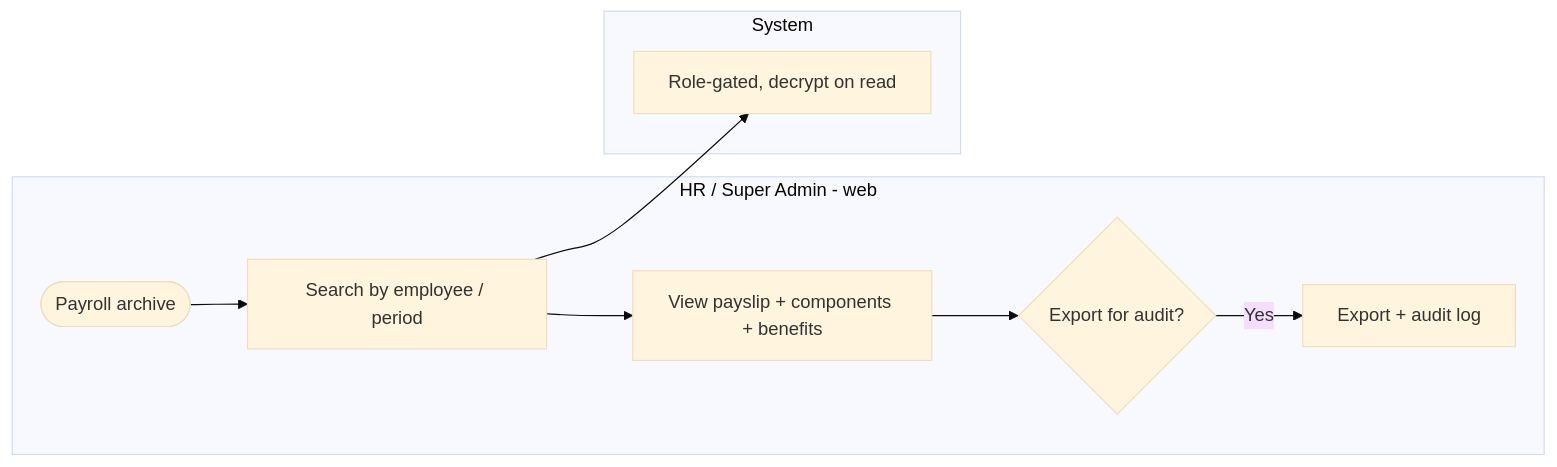
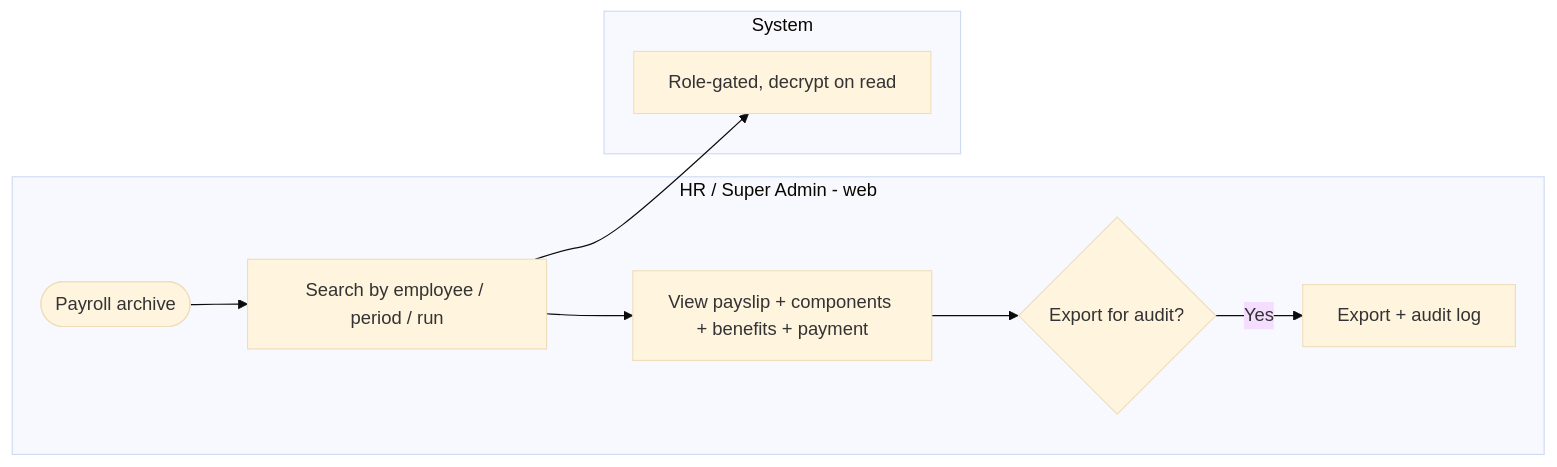
Before and after one commit to hariszaki17/hris-outsource: the third of 5 diagrams in docs/epics/E8-payroll/FEATURE.md, drawn with Mermaid (base theme). The commit also changed other lines of this file and 79 other files, not shown here.

````diff
--- a/docs/epics/E8-payroll/FEATURE.md
+++ b/docs/epics/E8-payroll/FEATURE.md
@@ -108,12 +178,12 @@
 ```mermaid
 flowchart LR
     subgraph HR[HR / Super Admin - web]
-        B1([Payroll archive]) --> B2[Search by employee / period]
-        B2 --> B3[View payslip + components + benefits]
+        B1([Payroll archive]) --> B2[Search by employee / period / run]
+        B2 --> B3[View payslip + components + benefits + payment]
         B3 --> B4{Export for audit?}
         B4 -- Yes --> B5[Export + audit log]
     end
     subgraph SYS[System]
         B2 --> Q1[Role-gated, decrypt on read]
     end
 ```
````
